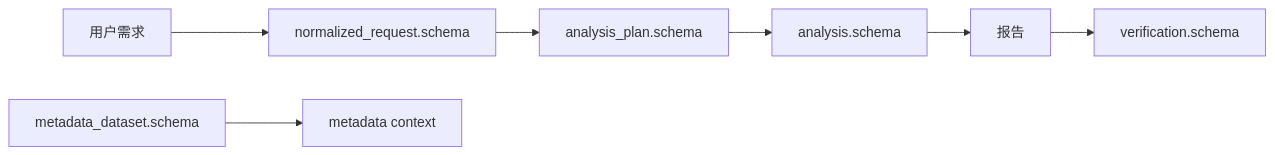
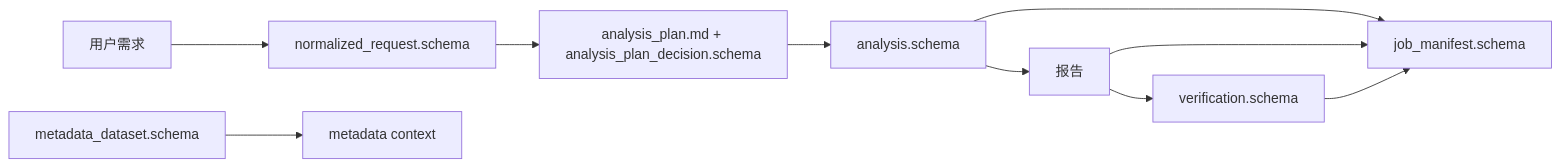
The diagram in schemas/README.md (dabaige53/RealAnalyst), drawn with Mermaid before and after one commit. The commit also changed other lines of this file and 97 other files, not shown here.

````diff
--- a/schemas/README.md
+++ b/schemas/README.md
@@ -24,9 +26,12 @@
 ```mermaid
 flowchart LR
     Req[用户需求] --> NR[normalized_request.schema]
-    NR --> Plan[analysis_plan.schema]
+    NR --> Plan[analysis_plan.md + analysis_plan_decision.schema]
     Plan --> Analysis[analysis.schema]
     Analysis --> Report[报告]
     Report --> Verify[verification.schema]
+    Analysis --> JobManifest[job_manifest.schema]
+    Report --> JobManifest
+    Verify --> JobManifest
     Meta[metadata_dataset.schema] --> Context[metadata context]
 ```
````
